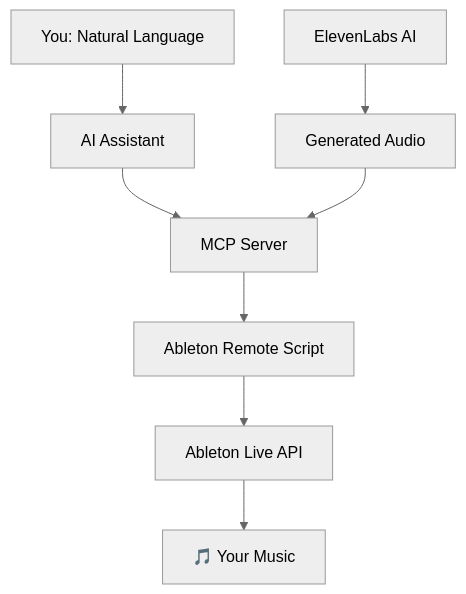
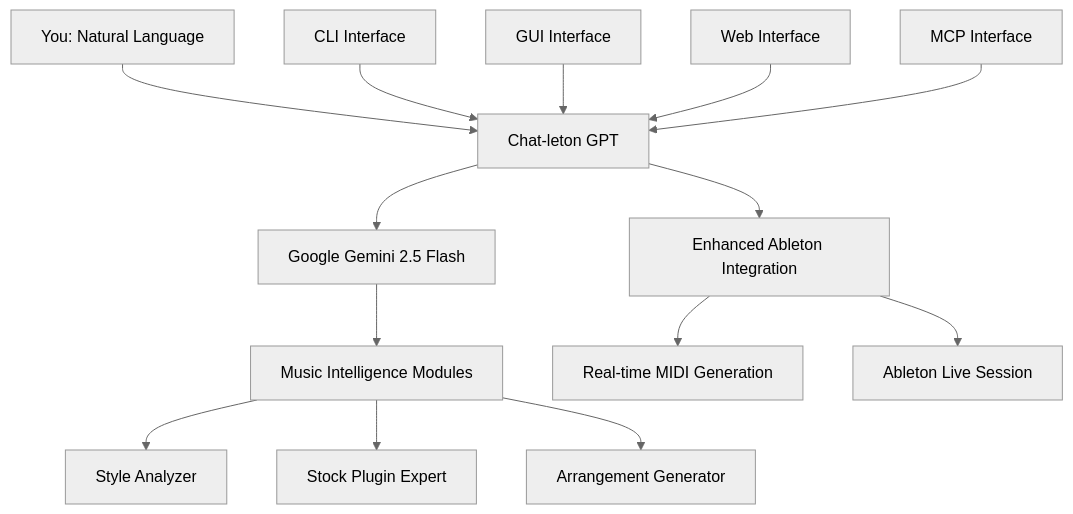
Before and after one commit to uisato/ableton-mcp-extended: the diagram in README.md, drawn with Mermaid (neutral theme). The commit also changed other lines of this file and 34 other files, not shown here.

````diff
--- a/README.md
+++ b/README.md
@@ -207,11 +245,17 @@
 ```mermaid
 graph TB
-    A[You: Natural Language] --> B[AI Assistant]
-    B --> C[MCP Server]
-    C --> D[Ableton Remote Script]
-    D --> E[Ableton Live API]
-    E --> F[🎵 Your Music]
+    A[You: Natural Language] --> B[Chat-leton GPT]
+    B --> C[Google Gemini 2.5 Flash]
+    C --> D[Music Intelligence Modules]
+    D --> E[Style Analyzer]
+    D --> F[Stock Plugin Expert]  
+    D --> G[Arrangement Generator]
+    B --> H[Enhanced Ableton Integration]
+    H --> I[Real-time MIDI Generation]
+    H --> J[Ableton Live Session]
     
-    G[ElevenLabs AI] --> H[Generated Audio]
-    H --> C
+    K[CLI Interface] --> B
+    L[GUI Interface] --> B
+    M[Web Interface] --> B
+    N[MCP Interface] --> B
 ```
````
